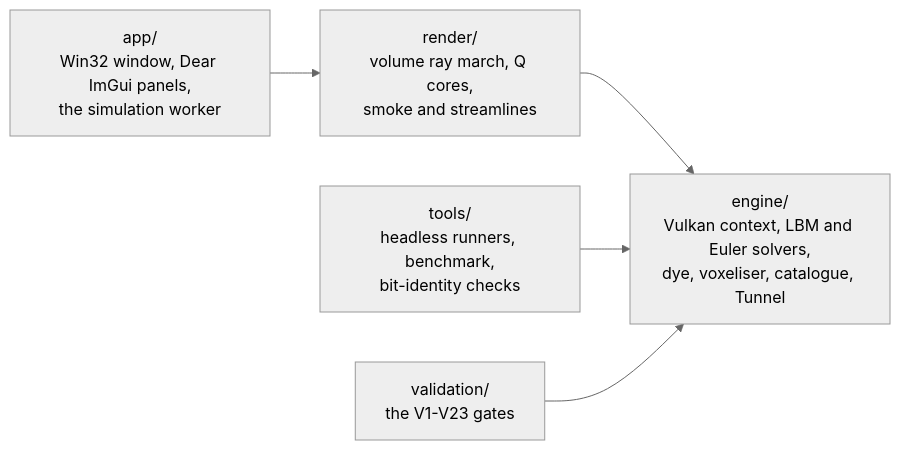
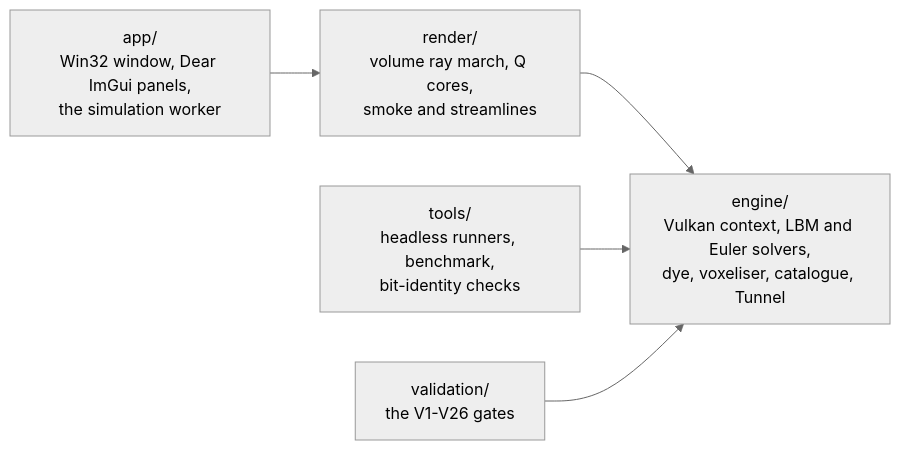
Before and after one commit to samandkemp/wind-oa: the first of 3 diagrams in docs/MODEL.md, drawn with Mermaid (neutral theme). The commit also changed other lines of this file and 40 other files, not shown here.

````diff
--- a/docs/MODEL.md
+++ b/docs/MODEL.md
@@ -34,8 +35,8 @@
 ```mermaid
 flowchart LR
     app["app/<br/>Win32 window, Dear ImGui panels,<br/>the simulation worker"] --> render
     render["render/<br/>volume ray march, Q cores,<br/>smoke and streamlines"] --> engine
     tools["tools/<br/>headless runners, benchmark,<br/>bit-identity checks"] --> engine
-    validation["validation/<br/>the V1-V23 gates"] --> engine
+    validation["validation/<br/>the V1-V26 gates"] --> engine
     engine["engine/<br/>Vulkan context, LBM and Euler solvers,<br/>dye, voxeliser, catalogue, Tunnel"]
 ```
````
